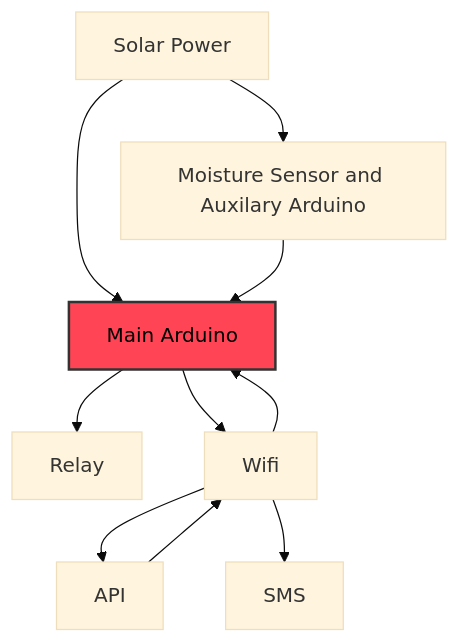
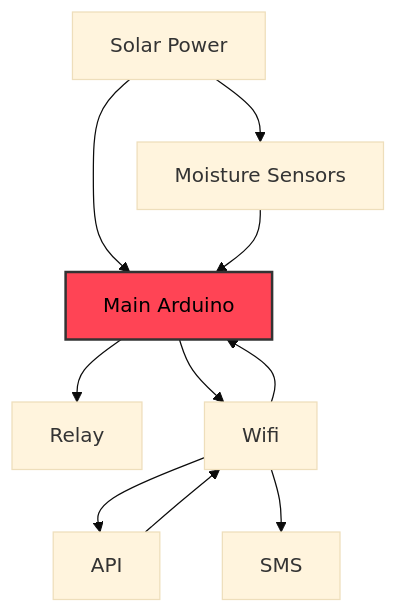
The diagram in README.md (FegelSamuel/Sprinkler-System), drawn with Mermaid (base theme) before and after one commit.

````diff
--- a/README.md
+++ b/README.md
@@ -1,15 +1,15 @@
 ```mermaid
 graph TD
     A["Solar Power"] --> B["Main Arduino"]
-    A["Solar Power"] --> D["Moisture Sensors and Auxilary Arduinos"]
+    A["Solar Power"] --> D["Moisture Sensors"]
     B["Main Arduino"] --> H["Relay"]
     B["Main Arduino"] --> C["Wifi"]
     C["Wifi"] --> E["API"]
     E["API"] --> C["Wifi"]
     C["Wifi"] --> F["SMS"]
     C["Wifi"] --> B["Main Arduino"]
-    D["Moisture Sensor and Auxilary Arduino"] --> B["Main Arduino"]
+    D["Moisture Sensors"] --> B["Main Arduino"]
     classDef red fill:#f45,stroke:#333,stroke-width:2px;
     style B color:black;
     class B red;
 ```
````
